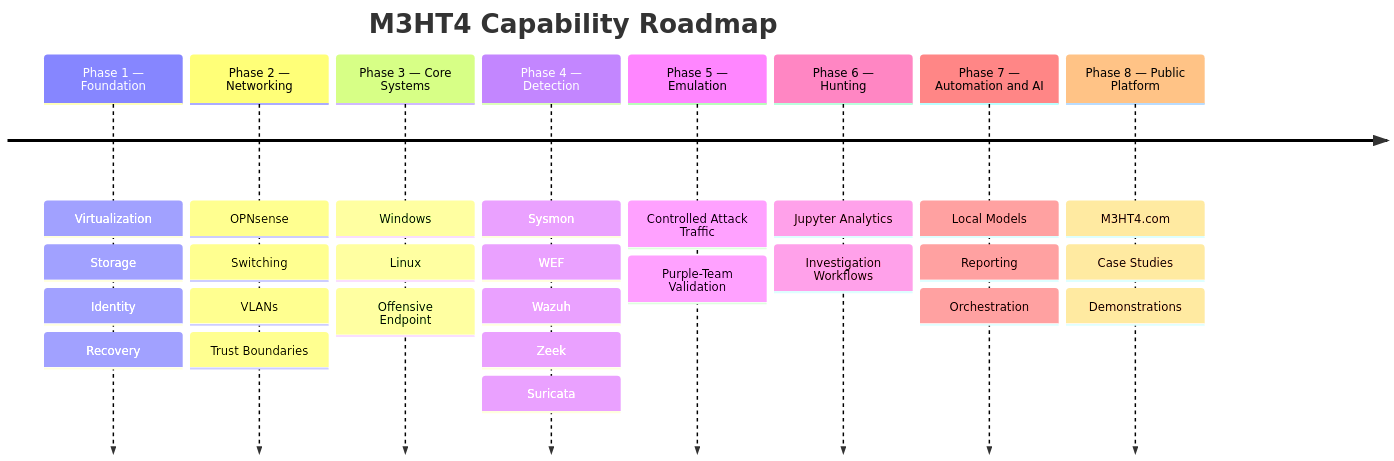
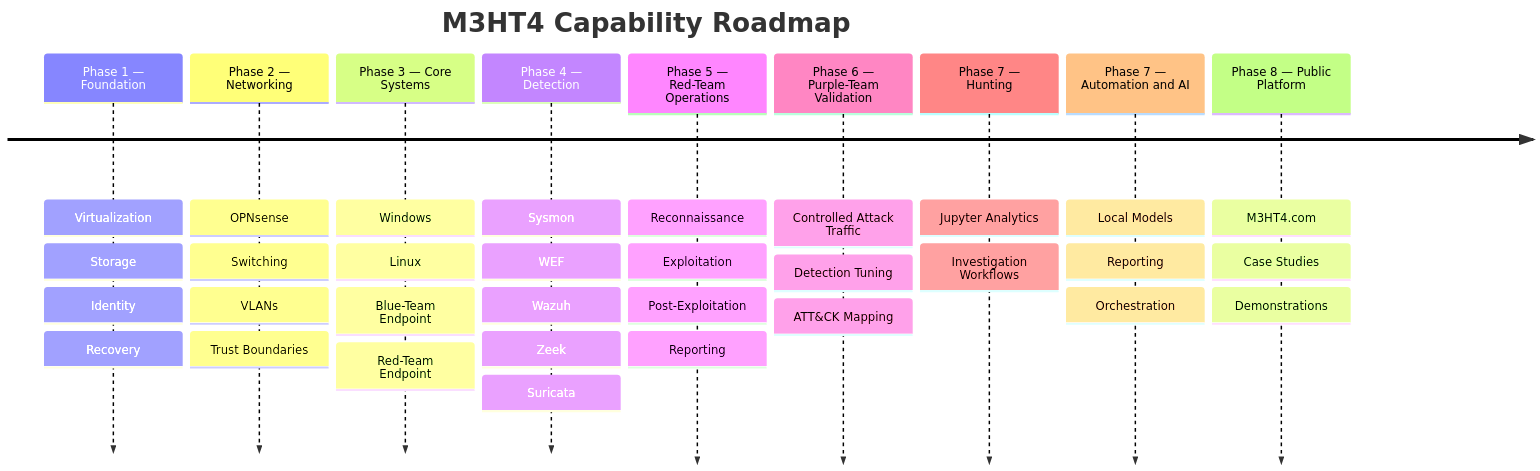
One commit to MehtaPar/M3HT4 changed the diagram in docs/roadmap.md. Above: the diagram before and after it, drawn with Mermaid. The commit also changed other lines of this file and 25 other files, not shown here.

````diff
--- a/docs/roadmap.md
+++ b/docs/roadmap.md
@@ -3,12 +3,13 @@
 ```mermaid
 timeline
     title M3HT4 Capability Roadmap
     Phase 1 — Foundation : Virtualization : Storage : Identity : Recovery
     Phase 2 — Networking : OPNsense : Switching : VLANs : Trust Boundaries
-    Phase 3 — Core Systems : Windows : Linux : Offensive Endpoint
+    Phase 3 — Core Systems : Windows : Linux : Blue-Team Endpoint : Red-Team Endpoint
     Phase 4 — Detection : Sysmon : WEF : Wazuh : Zeek : Suricata
-    Phase 5 — Emulation : Controlled Attack Traffic : Purple-Team Validation
-    Phase 6 — Hunting : Jupyter Analytics : Investigation Workflows
+    Phase 5 — Red-Team Operations : Reconnaissance : Exploitation : Post-Exploitation : Reporting
+    Phase 6 — Purple-Team Validation : Controlled Attack Traffic : Detection Tuning : ATT&CK Mapping
+    Phase 7 — Hunting : Jupyter Analytics : Investigation Workflows
     Phase 7 — Automation and AI : Local Models : Reporting : Orchestration
     Phase 8 — Public Platform : M3HT4.com : Case Studies : Demonstrations
 ```
````
